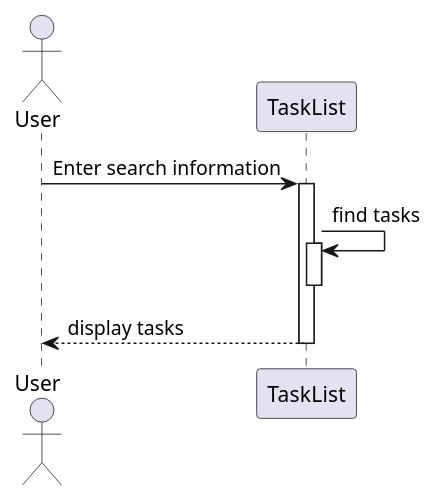
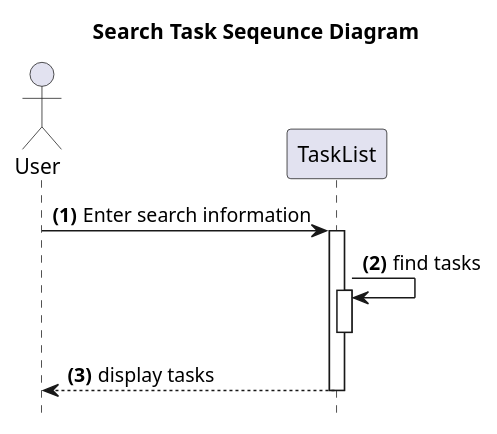
One commit to Kritsanawipankhet/CE64-41 changed the diagram in documents/diagrams/src/web-client/search.wsd. Above: the diagram before and after it, drawn with PlantUML. The commit also changed 11 other files, not shown here.

Commit message:
hide footbox

```diff
--- a/documents/diagrams/src/web-client/search.wsd
+++ b/documents/diagrams/src/web-client/search.wsd
@@ -1,10 +1,13 @@
 @startuml
+title **Search Task** Seqeunce Diagram
+hide footbox
 Actor User
+autonumber "<b>(0)"
 User -> TaskList : Enter search information
 activate TaskList
 TaskList -> TaskList: find tasks
 activate TaskList
 deactivate TaskList
 TaskList --> User: display tasks
 deactivate TaskList
 @enduml
```
